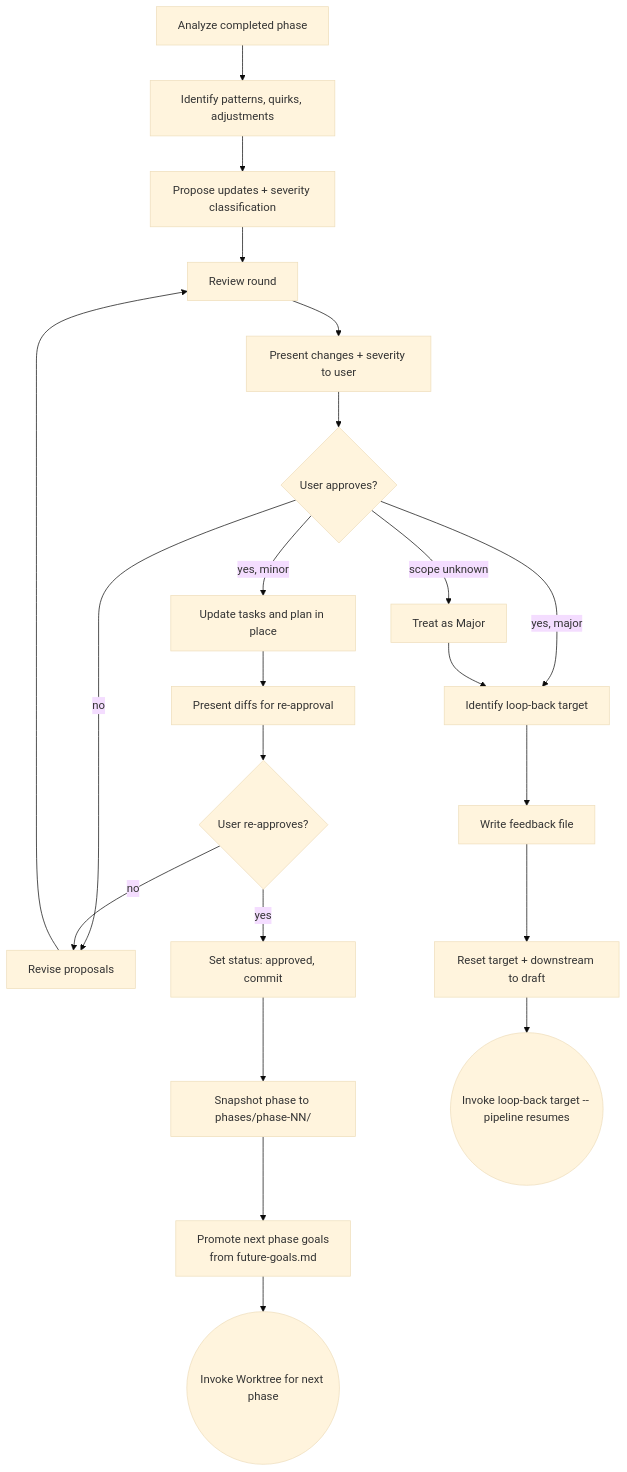
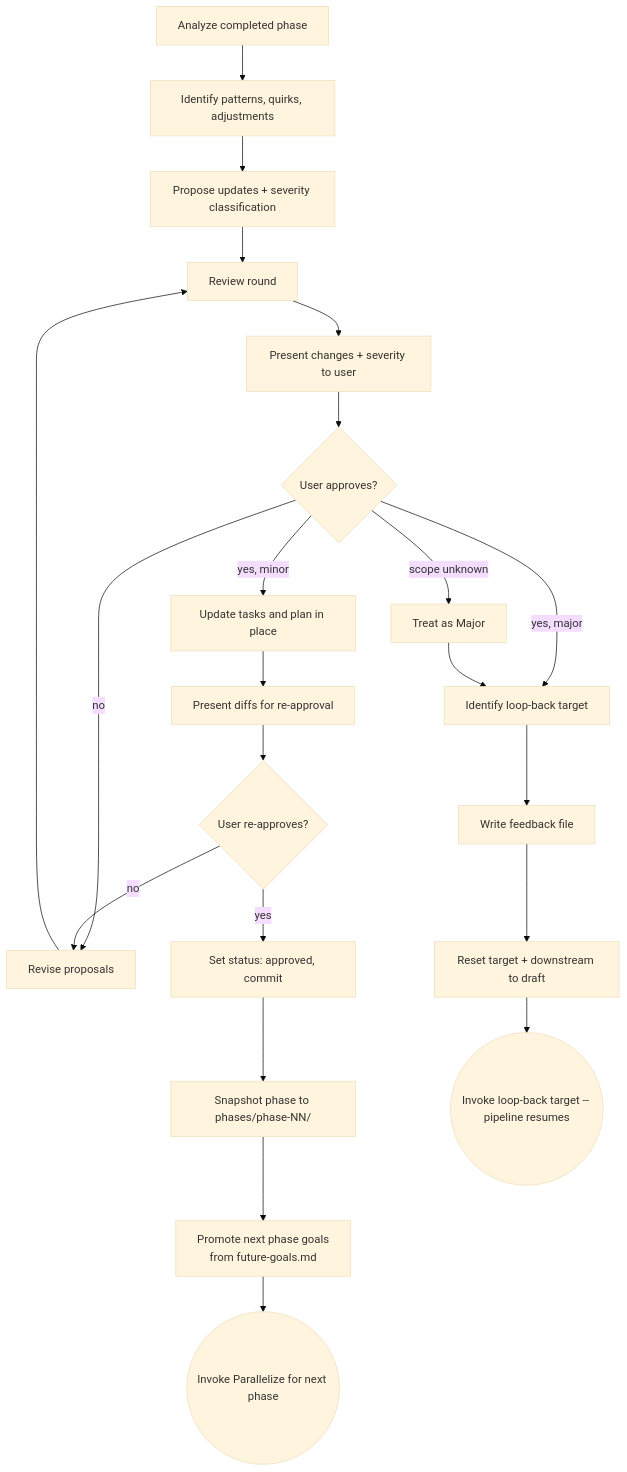
One commit to dfrysinger/qrspi-plus changed diagram 14 of 20 in README.md. Above: the diagram before and after it, drawn with Mermaid (base theme). The commit also changed other lines of this file and 6 other files, not shown here.

First line of the commit message:
feat(qrspi): split Worktree into Parallelize + Dispatch

````diff
--- a/README.md
+++ b/README.md
@@ -362,24 +382,24 @@
 ```mermaid
 flowchart TD
     A[Analyze completed phase] --> B[Identify patterns, quirks, adjustments]
     B --> C[Propose updates + severity classification]
     C --> D[Review round]
     D --> E[Present changes + severity to user]
     E --> F{User approves?}
     F -->|no| G[Revise proposals]
     G --> D
     F -->|yes, minor| H[Update tasks and plan in place]
     H --> I[Present diffs for re-approval]
     I --> J{User re-approves?}
     J -->|no| G
     J -->|yes| K[Set status: approved, commit]
     K --> K2["Snapshot phase to phases/phase-NN/"]
     K2 --> K3["Promote next phase goals<br>from future-goals.md"]
-    K3 --> M((Invoke Worktree for next phase))
+    K3 --> M((Invoke Parallelize for next phase))
     F -->|yes, major| N[Identify loop-back target]
     N --> N2[Write feedback file]
     N2 --> N3[Reset target + downstream to draft]
     N3 --> O((Invoke loop-back target -- pipeline resumes))
     F -->|scope unknown| P[Treat as Major]
     P --> N
 ```
````
